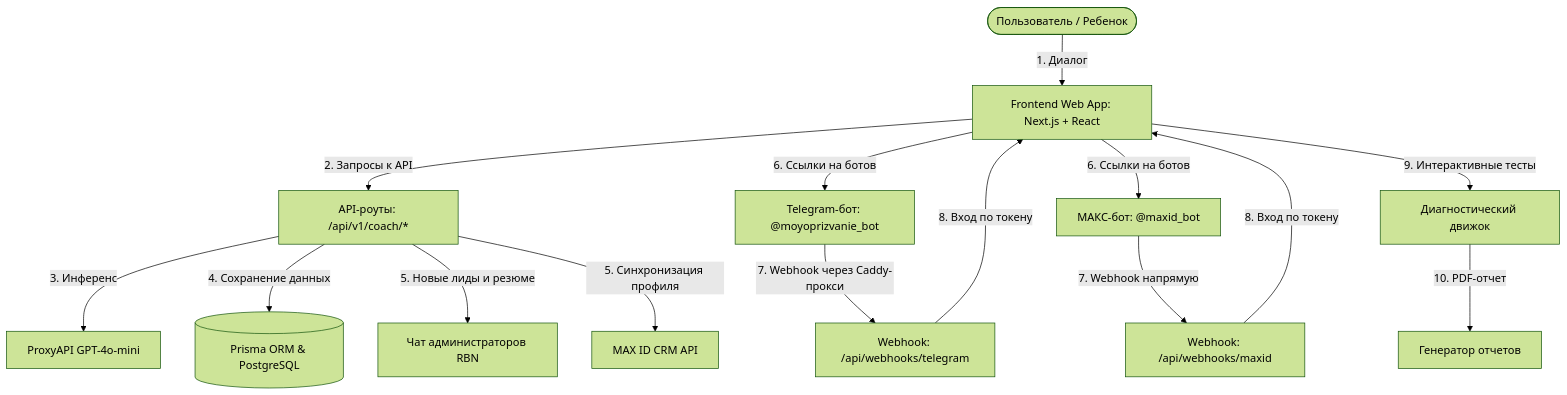
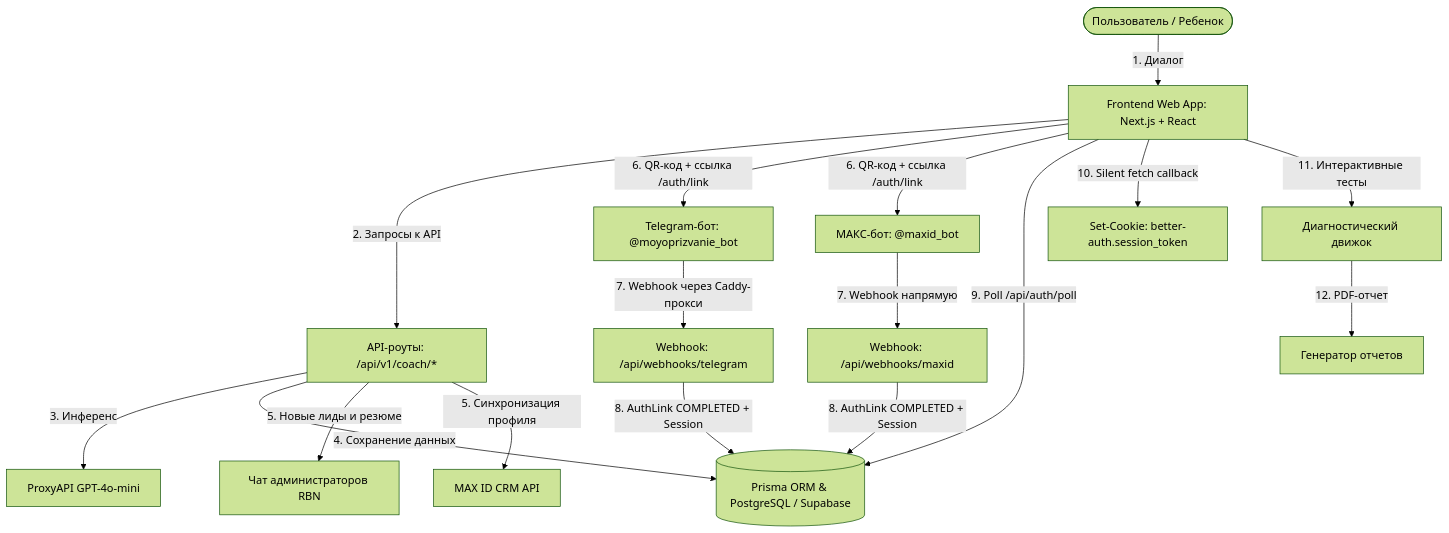
Before and after one commit to synthosaicreativestudio-maker/mycalling: the first of 3 diagrams in docs/01-system-architecture.md, drawn with Mermaid (forest theme). The commit also changed other lines of this file and 3 other files, not shown here.

Commit message:
docs: full update of architecture, methodology, auth policy and deployment guide

````diff
--- a/docs/01-system-architecture.md
+++ b/docs/01-system-architecture.md
@@ -9,26 +9,31 @@
 ```mermaid
 graph TD
-    User([Пользователь / Ребенок]) -->|1. Диалог| WebUI[Frontend Web App: Next.js + React]
-    WebUI -->|2. Запросы к API| CoachAPI[API-роуты: /api/v1/coach/*]
-    CoachAPI -->|3. Инференс| ProxyAPI[ProxyAPI GPT-4o-mini]
-    CoachAPI -->|4. Сохранение данных| Prisma[(Prisma ORM & PostgreSQL)]
+    User(["Пользователь / Ребенок"]) -->|1. Диалог| WebUI["Frontend Web App: Next.js + React"]
+    WebUI -->|2. Запросы к API| CoachAPI["API-роуты: /api/v1/coach/*"]
+    CoachAPI -->|3. Инференс| ProxyAPI["ProxyAPI GPT-4o-mini"]
+    CoachAPI -->|4. Сохранение данных| Prisma[("Prisma ORM & PostgreSQL / Supabase")]
     
     %% Интеграционные потоки %%
-    CoachAPI -->|5. Новые лиды и резюме| TG_Admin[Чат администраторов RBN]
-    CoachAPI -->|5. Синхронизация профиля| MAXID_CRM[MAX ID CRM API]
+    CoachAPI -->|5. Новые лиды и резюме| TG_Admin["Чат администраторов RBN"]
+    CoachAPI -->|5. Синхронизация профиля| MAXID_CRM["MAX ID CRM API"]
     
     %% Авторизация через ботов %%
-    WebUI -->|6. Ссылки на ботов| TG_Bot[Telegram-бот: @moyoprizvanie_bot]
-    WebUI -->|6. Ссылки на ботов| MAX_Bot[МАКС-бот: @maxid_bot]
+    WebUI -->|6. QR-код + ссылка /auth/link| TG_Bot["Telegram-бот: @moyoprizvanie_bot"]
+    WebUI -->|6. QR-код + ссылка /auth/link| MAX_Bot["МАКС-бот: @maxid_bot"]
     
     %% Обработка вебхуков %%
-    TG_Bot -->|7. Webhook через Caddy-прокси| TG_Webhook[Webhook: /api/webhooks/telegram]
-    MAX_Bot -->|7. Webhook напрямую| MAX_Webhook[Webhook: /api/webhooks/maxid]
+    TG_Bot -->|7. Webhook через Caddy-прокси| TG_Webhook["Webhook: /api/webhooks/telegram"]
+    MAX_Bot -->|7. Webhook напрямую| MAX_Webhook["Webhook: /api/webhooks/maxid"]
     
-    TG_Webhook -->|8. Вход по токену| WebUI
-    MAX_Webhook -->|8. Вход по токену| WebUI
+    %% Callback авторизации %%
+    TG_Webhook -->|8. AuthLink COMPLETED + Session| Prisma
+    MAX_Webhook -->|8. AuthLink COMPLETED + Session| Prisma
+    
+    %% Поллинг и cookie %%
+    WebUI -->|9. Poll /api/auth/poll| Prisma
+    WebUI -->|10. Silent fetch callback| CookieSet["Set-Cookie: better-auth.session_token"]
     
     %% Переход к тестированию %%
-    WebUI -->|9. Интерактивные тесты| Diagnostic[Диагностический движок]
-    Diagnostic -->|10. PDF-отчет| PDFGen[Генератор отчетов]
+    WebUI -->|11. Интерактивные тесты| Diagnostic["Диагностический движок"]
+    Diagnostic -->|12. PDF-отчет| PDFGen["Генератор отчетов"]
 ```
````
